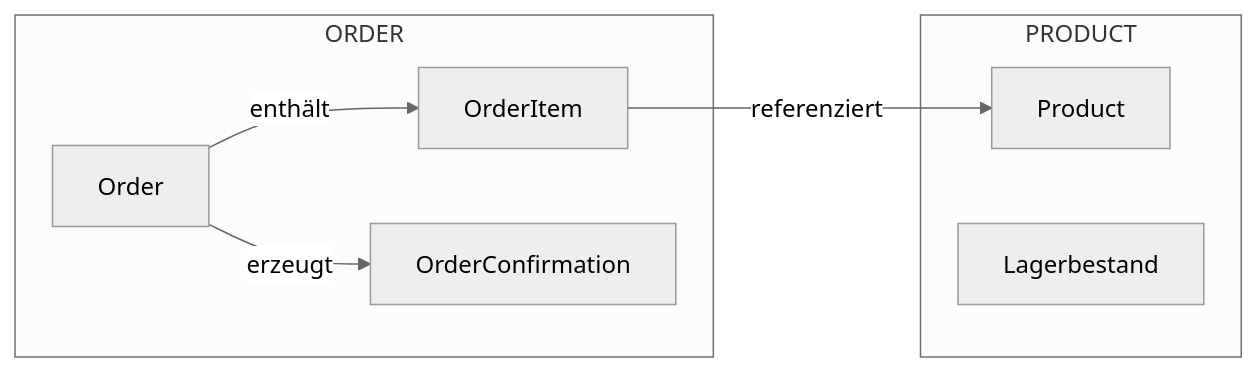
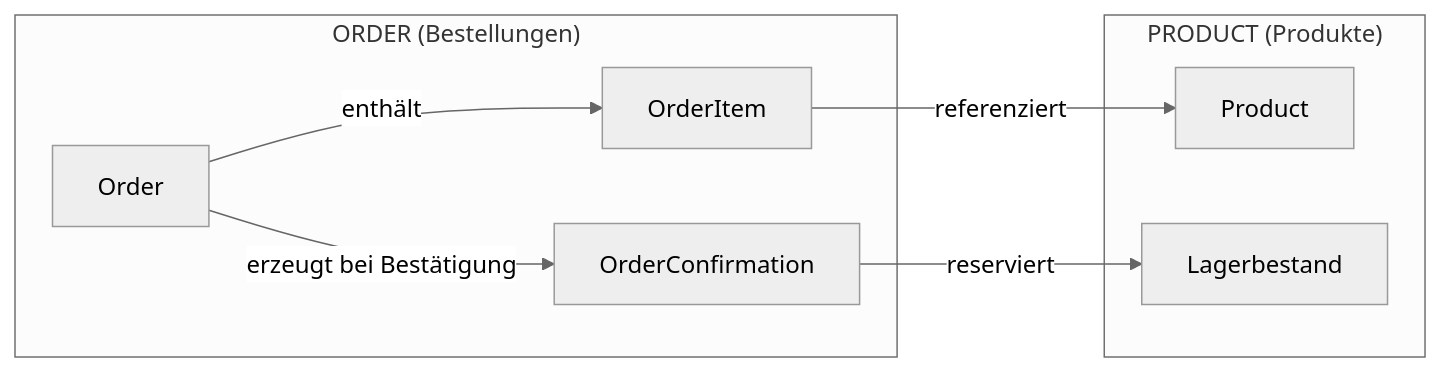
One commit to travelplanner04/ddd-example changed the third of 18 diagrams in tutorialHexagonal.md. Above: the diagram before and after it, drawn with Mermaid (neutral theme). The commit also changed other lines of this file and 2 other files, not shown here.

````diff
--- a/tutorialHexagonal.md
+++ b/tutorialHexagonal.md
@@ -58,17 +76,18 @@
 ```mermaid
 graph LR
-    subgraph Order ["ORDER"]
+    subgraph Order ["ORDER (Bestellungen)"]
         O[Order]
         OI[OrderItem]
         OC[OrderConfirmation]
     end
 
-    subgraph Product ["PRODUCT"]
+    subgraph Product ["PRODUCT (Produkte)"]
         P[Product]
         Stock[Lagerbestand]
     end
 
     O -->|"enthält"| OI
     OI -->|"referenziert"| P
-    O -->|"erzeugt"| OC
+    O -->|"erzeugt bei Bestätigung"| OC
+    OC -->|"reserviert"| Stock
 ```
````
